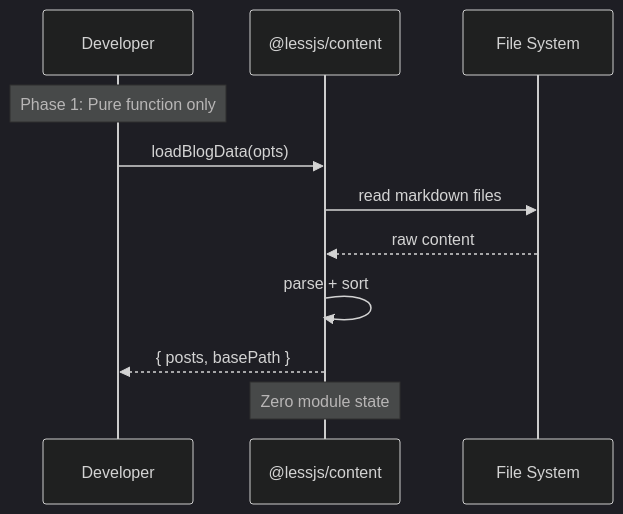
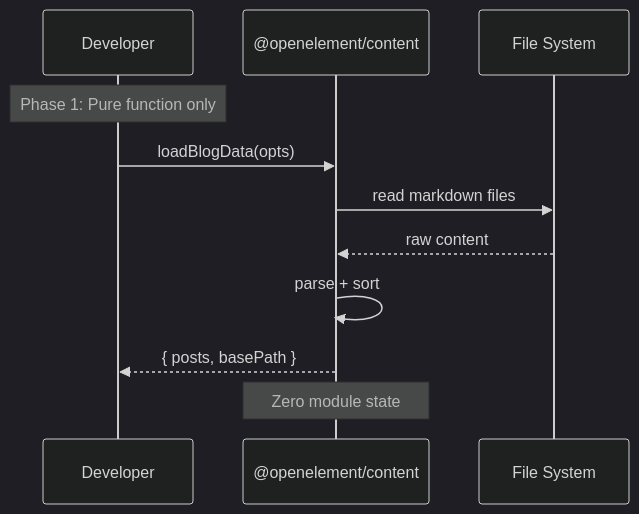
The second of 5 diagrams in www/content/blog/0018-dev-build-data-consistency-plugin-data-bridge.md (lessjs-run/lessjs), drawn with Mermaid (dark theme) before and after one commit. The commit also changed other lines of this file and 703 other files, not shown here.

````diff
--- a/www/content/blog/0018-dev-build-data-consistency-plugin-data-bridge.md
+++ b/www/content/blog/0018-dev-build-data-consistency-plugin-data-bridge.md
@@ -255,14 +255,14 @@
 ```mermaid
 sequenceDiagram
     participant Dev as Developer
-    participant Content as @lessjs/content
+    participant Content as @openelement/content
     participant FS as File System
 
     Note over Dev: Phase 1: Pure function only
     Dev->>Content: loadBlogData(opts)
     Content->>FS: read markdown files
     FS-->>Content: raw content
     Content->>Content: parse + sort
     Content-->>Dev: { posts, basePath }
     Note over Content: Zero module state
 ```
````
